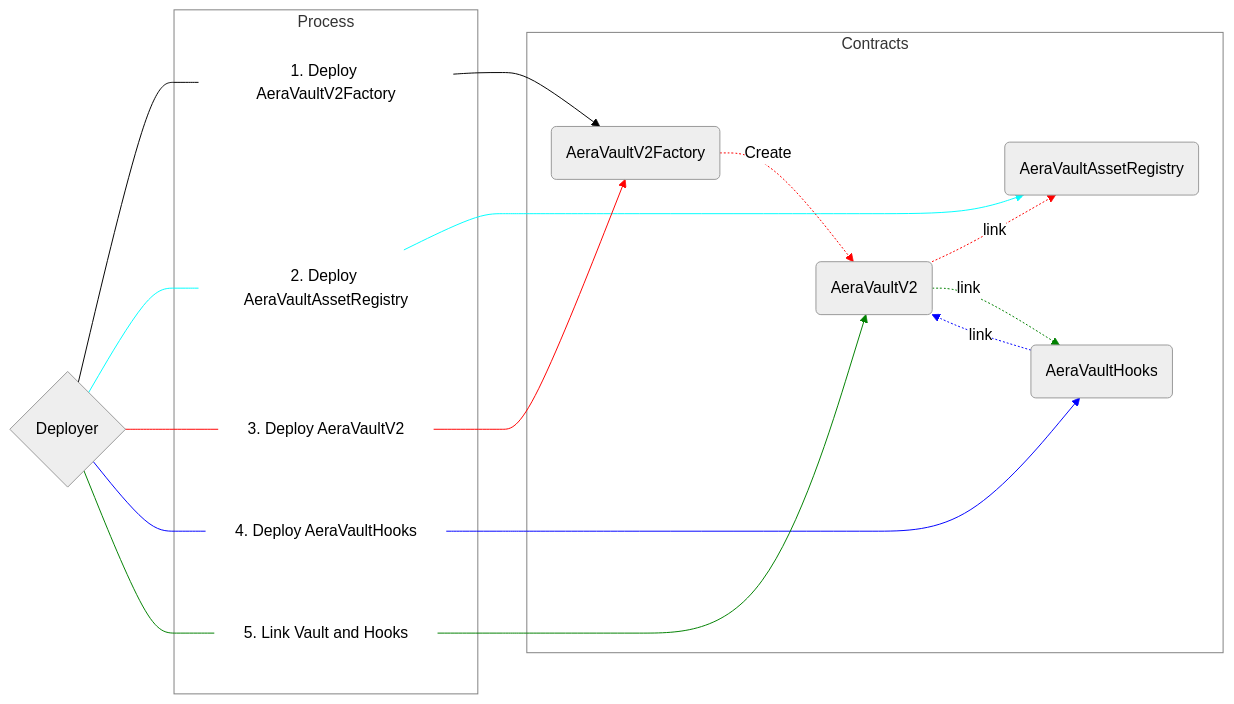
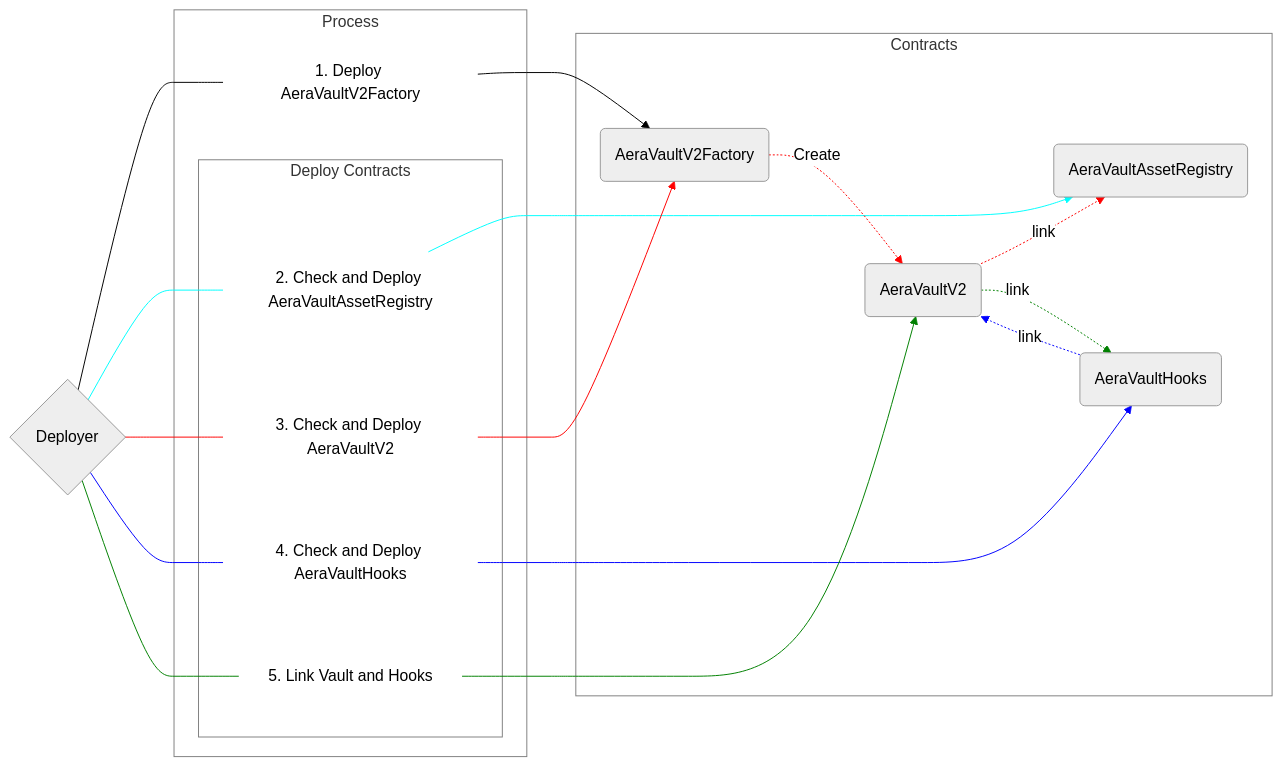
The diagram in README.md (0xb10ckdev/Aera-Vault-V2), drawn with Mermaid (neutral theme) before and after one commit. The commit also changed other lines of this file, not shown here.

````diff
--- a/README.md
+++ b/README.md
@@ -124,39 +110,42 @@
 ```mermaid
 graph LR
     D{Deployer}
     subgraph Contracts
         F(AeraVaultV2Factory)
         A(AeraVaultAssetRegistry)
         V(AeraVaultV2)
         H(AeraVaultHooks)
     end
     subgraph Process
         S1[1. Deploy AeraVaultV2Factory]:::Process
-        S2[2. Deploy AeraVaultAssetRegistry]:::Process
-        S3[3. Deploy AeraVaultV2]:::Process
-        S4[4. Deploy AeraVaultHooks]:::Process
-        S5[5. Link Vault and Hooks]:::Process
+        subgraph DeployContracts[Deploy Contracts]
+            S2[2. Check and Deploy AeraVaultAssetRegistry]:::Process
+            S3[3. Check and Deploy AeraVaultV2]:::Process
+            S4[4. Check and Deploy AeraVaultHooks]:::Process
+            S5[5. Link Vault and Hooks]:::Process
+        end
     end
     D --- S1 --> F
     D --- S2 --> A
     D --- S3 --> F -. Create .-> V -. link .-> A
     D --- S4 --> H -. link .-> V
     D --- S5 --> V -. link .-> H
 
     %% ===== This is just for order of process =====
     S1 --- A
     S2 --- H
     %% =============================================
 
     linkStyle 0,1 stroke:black
     linkStyle 2,3 stroke:cyan
     linkStyle 4,5,6,7 stroke:red
     linkStyle 8,9,10 stroke:blue
     linkStyle 11,12,13 stroke:green
     linkStyle 14,15 stroke:none
 
     classDef Process fill:none,stroke:none
 
     style Process fill:none,stroke:grey
+    style DeployContracts fill:none,stroke:grey
     style Contracts fill:none,stroke:grey
 ```
````
